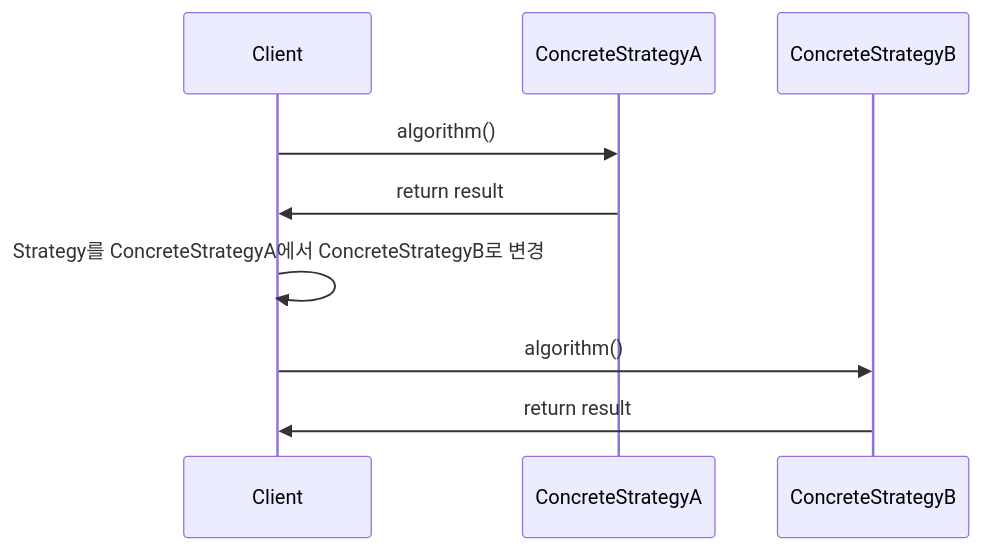
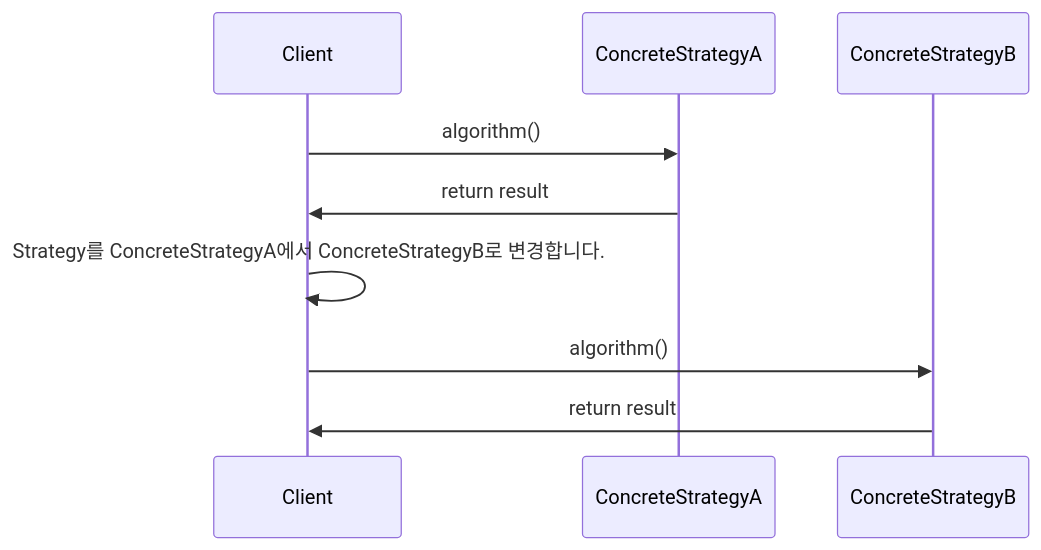
Before and after one commit to choesimin/choesimin.github.io: the second of 5 diagrams in _notes/design-pattern/strategy-pattern.md, drawn with Mermaid. The commit also changed other lines of this file and 5 other files, not shown here.

````diff
--- a/_notes/design-pattern/strategy-pattern.md
+++ b/_notes/design-pattern/strategy-pattern.md
@@ -88,9 +119,9 @@
 ```mermaid
 sequenceDiagram
 
 Client ->> ConcreteStrategyA : algorithm()
 ConcreteStrategyA ->> Client : return result
-Client ->> Client : Strategy를 ConcreteStrategyA에서 ConcreteStrategyB로 변경
+Client ->> Client : Strategy를 ConcreteStrategyA에서 ConcreteStrategyB로 변경합니다.
 Client ->> ConcreteStrategyB : algorithm()
 ConcreteStrategyB ->> Client : return result
 ```
````
